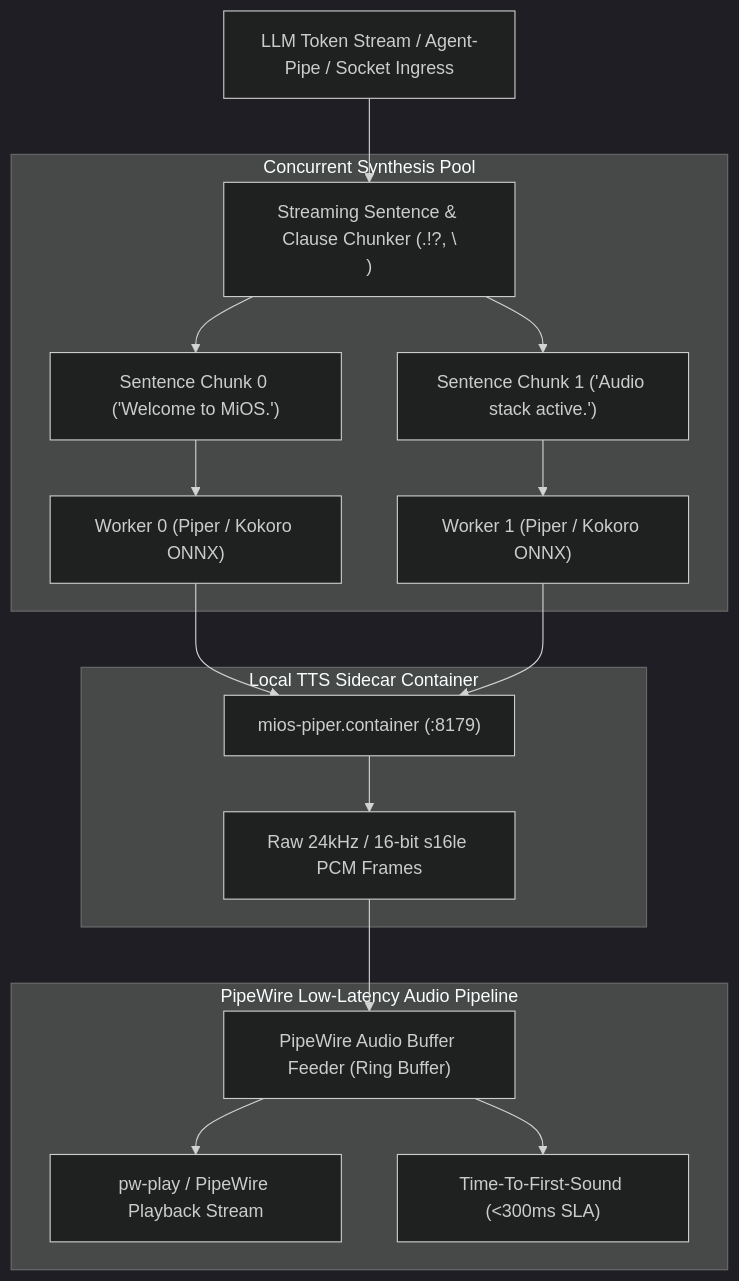
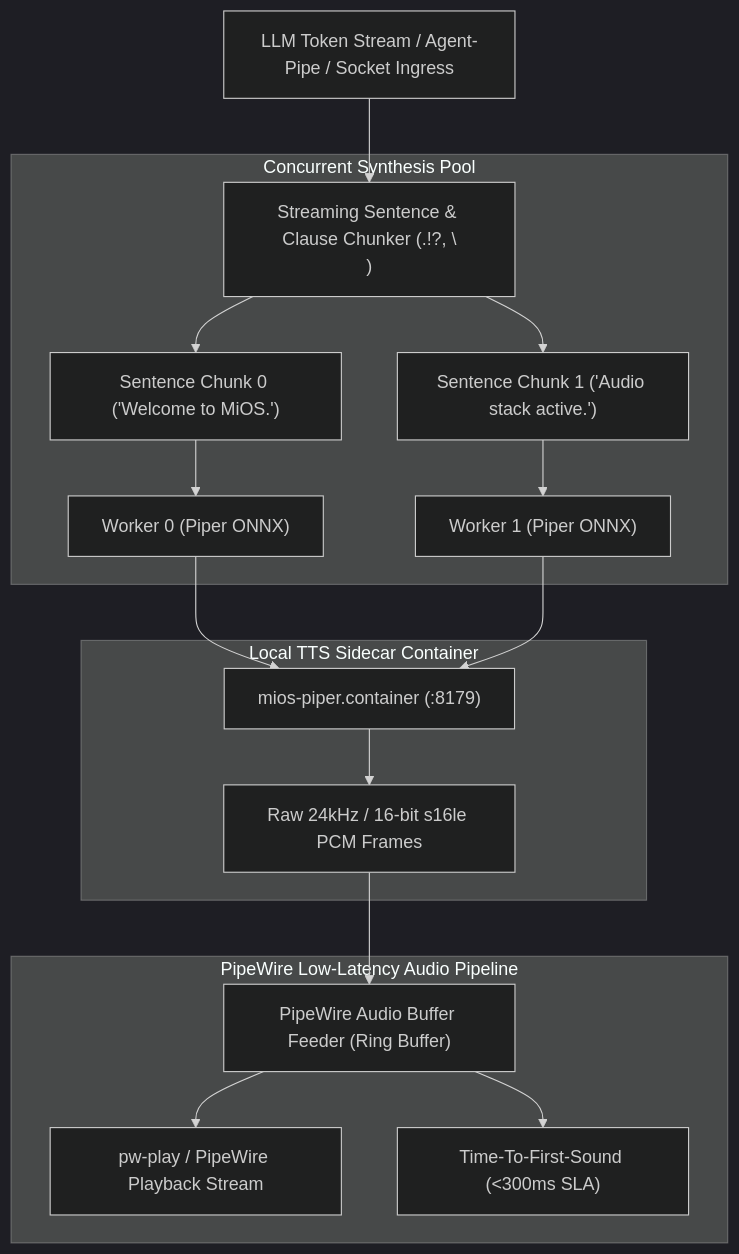
One commit to mios-dev/MiOS changed the diagram in usr/share/doc/mios/manual/ch79-streaming-tts-piper.md. Above: the diagram before and after it, drawn with Mermaid (dark theme). The commit also changed other lines of this file and 15 other files, not shown here.

````diff
--- a/usr/share/doc/mios/manual/ch79-streaming-tts-piper.md
+++ b/usr/share/doc/mios/manual/ch79-streaming-tts-piper.md
@@ -9,23 +9,23 @@
 ```mermaid
 flowchart TD
     LLM["LLM Token Stream / Agent-Pipe / Socket Ingress"] --> Split["Streaming Sentence & Clause Chunker (.!?, \\n)"]
 
     subgraph Dispatch ["Concurrent Synthesis Pool"]
         Split --> Q0["Sentence Chunk 0 ('Welcome to MiOS.')"]
         Split --> Q1["Sentence Chunk 1 ('Audio stack active.')"]
-        Q0 --> W0["Worker 0 (Piper / Kokoro ONNX)"]
-        Q1 --> W1["Worker 1 (Piper / Kokoro ONNX)"]
+        Q0 --> W0["Worker 0 (Piper ONNX)"]
+        Q1 --> W1["Worker 1 (Piper ONNX)"]
     end
 
     subgraph Engine ["Local TTS Sidecar Container"]
         W0 --> Sidecar["mios-piper.container (:8179)"]
         W1 --> Sidecar
         Sidecar --> PCM["Raw 24kHz / 16-bit s16le PCM Frames"]
     end
 
     subgraph Playback ["PipeWire Low-Latency Audio Pipeline"]
         PCM --> Feeder["PipeWire Audio Buffer Feeder (Ring Buffer)"]
         Feeder --> PW["pw-play / PipeWire Playback Stream"]
         Feeder --> Metric["Time-To-First-Sound (<300ms SLA)"]
     end
 ```
````
